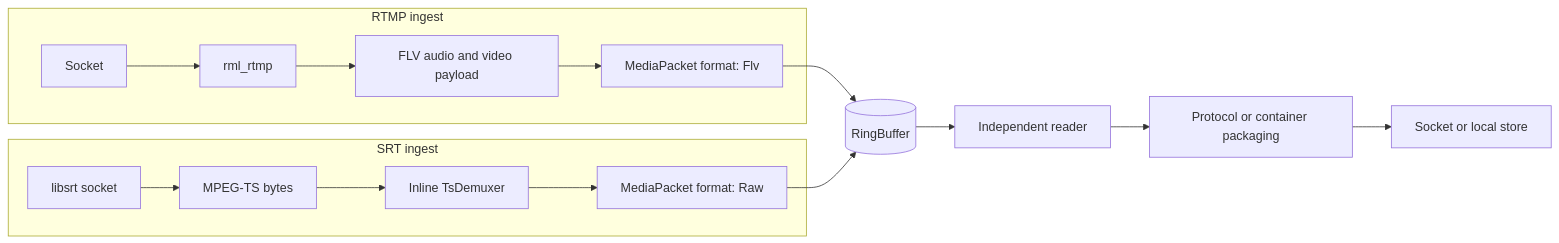
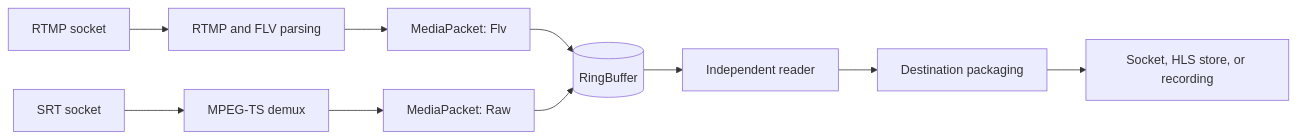
One commit to krsna1729/restream changed the second of 2 diagrams in docs/architecture.md. Above: the diagram before and after it, drawn with Mermaid. The commit also changed other lines of this file and 13 other files, not shown here.

````diff
--- a/docs/architecture.md
+++ b/docs/architecture.md
@@ -270,17 +108,12 @@
 ```mermaid
 flowchart LR
-    subgraph RtmpIngest["RTMP ingest"]
-        RtmpSocket["Socket"] --> Parser["rml_rtmp"] --> Flv["FLV audio and video payload"]
-        Flv --> FlvPacket["MediaPacket format: Flv"]
-    end
-
-    subgraph SrtIngest["SRT ingest"]
-        SrtSocket["libsrt socket"] --> Ts["MPEG-TS bytes"] --> Demux["Inline TsDemuxer"]
-        Demux --> RawPacket["MediaPacket format: Raw"]
-    end
-
-    FlvPacket --> Ring[("RingBuffer")]
-    RawPacket --> Ring
-    Ring --> Reader["Independent reader"] --> Package["Protocol or container packaging"]
-    Package --> Destination["Socket or local store"]
+    Rtmp["RTMP socket"] --> RtmpParse["RTMP and FLV parsing"]
+    RtmpParse --> Flv["MediaPacket: Flv"]
+    Srt["SRT socket"] --> Ts["MPEG-TS demux"]
+    Ts --> Raw["MediaPacket: Raw"]
+    Flv --> Ring[("RingBuffer")]
+    Raw --> Ring
+    Ring --> Consumer["Independent reader"]
+    Consumer --> Package["Destination packaging"]
+    Package --> Destination["Socket, HLS store, or recording"]
 ```
````
